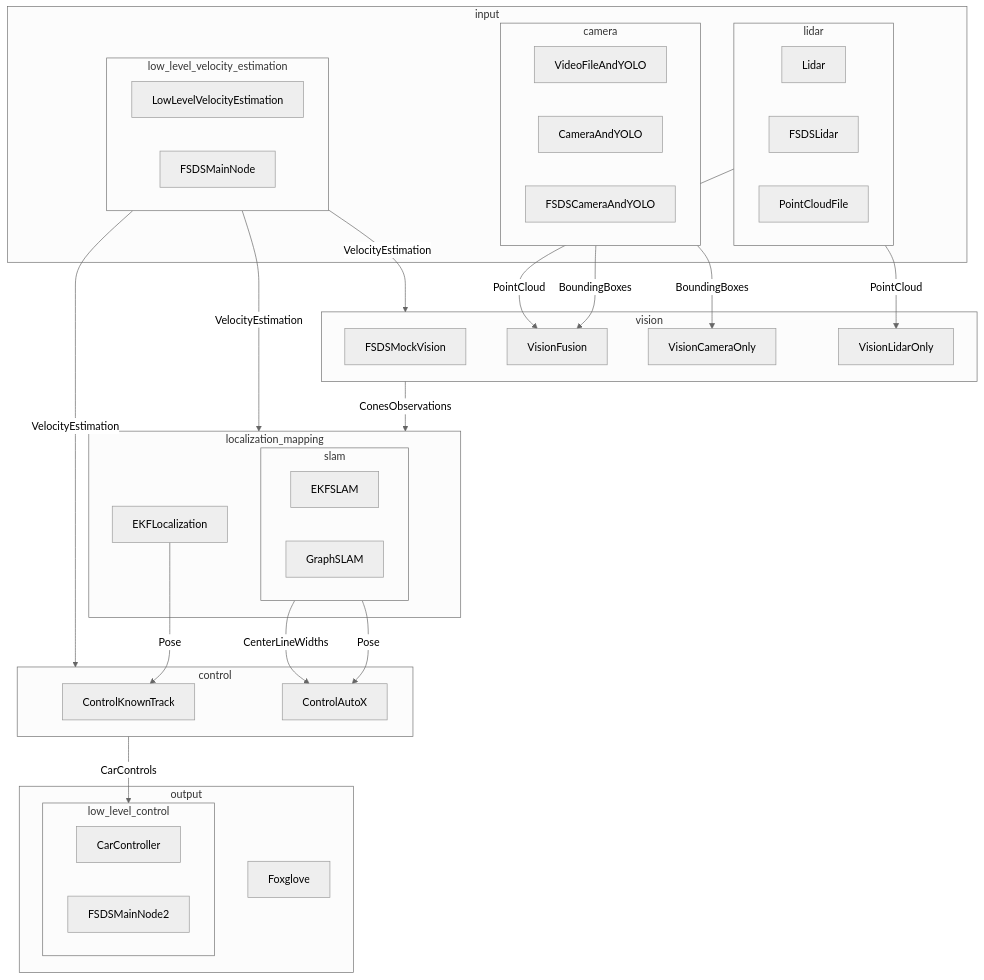
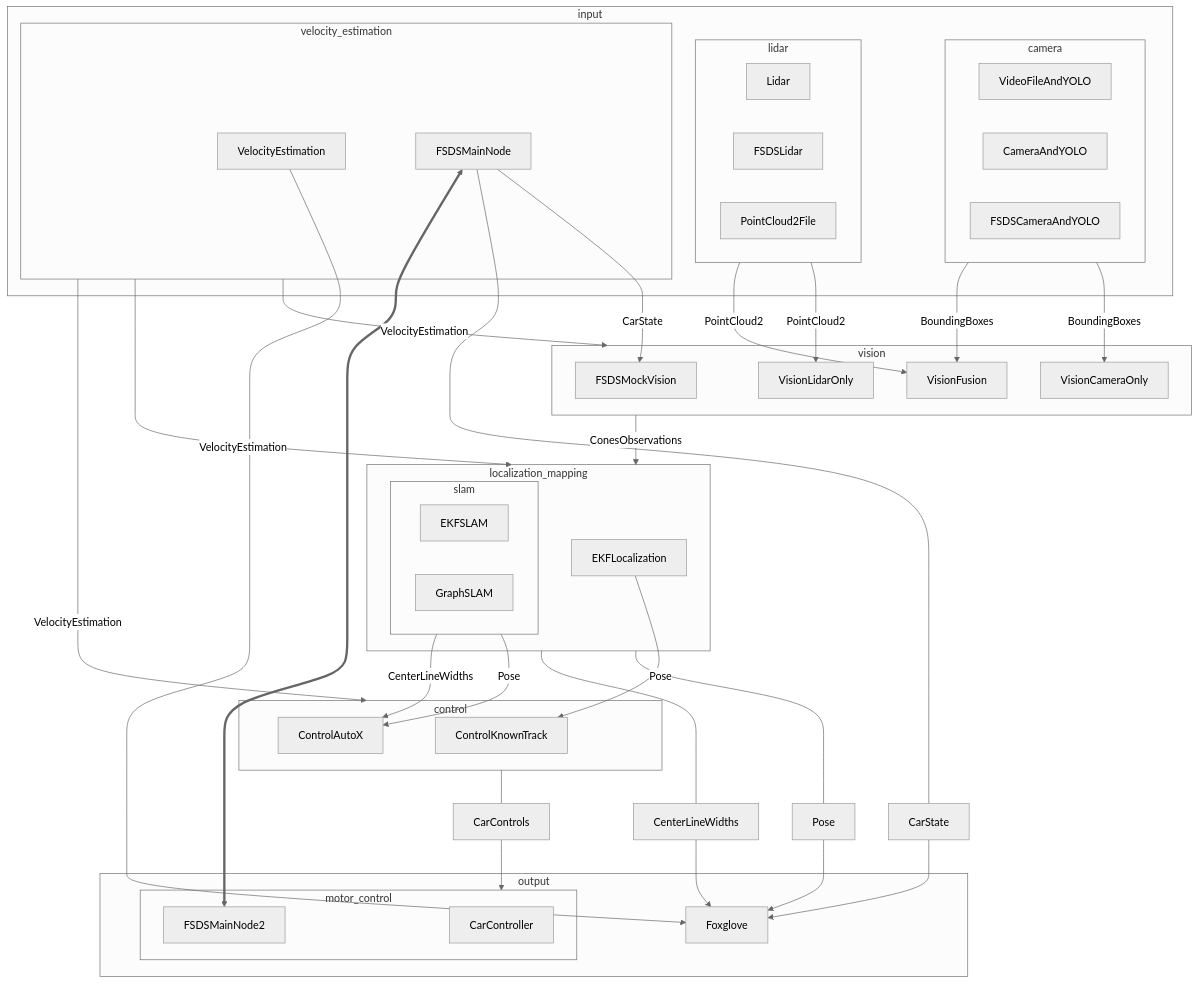
Before and after one commit to EPFL-RT-Driverless/brains: the second of 2 diagrams in nodes.md, drawn with Mermaid (neutral theme). The commit also changed other lines of this file, not shown here.

````diff
--- a/nodes.md
+++ b/nodes.md
@@ -2,64 +48,67 @@
 ```mermaid
 flowchart TB
     subgraph input
         subgraph camera
             VideoFileAndYOLO
             CameraAndYOLO
             FSDSCameraAndYOLO
         end
         subgraph lidar
             Lidar
             FSDSLidar
-            PointCloudFile
+            PointCloud2File
         end
-        subgraph low_level_velocity_estimation
-            LowLevelVelocityEstimation
+        subgraph velocity_estimation
+            VelocityEstimation
             FSDSMainNode
         end
     end
     subgraph output
-        subgraph low_level_control
+        subgraph motor_control
             CarController
             FSDSMainNode2
         end
         Foxglove
     end
     subgraph vision
         FSDSMockVision
         VisionFusion
         VisionCameraOnly
         VisionLidarOnly
     end
     subgraph localization_mapping
         EKFLocalization
         subgraph slam
             EKFSLAM
             GraphSLAM
         end
     end
     subgraph control
         ControlKnownTrack
         ControlAutoX
     end
-
+    FSDSMainNode -- CarState --> FSDSMockVision
     %% vision input
     camera -- BoundingBoxes --> VisionCameraOnly & VisionFusion
-    lidar -- PointCloud --> VisionLidarOnly & VisionFusion
+    lidar -- PointCloud2 --> VisionLidarOnly & VisionFusion
     %% vision output
     vision -- ConesObservations --> localization_mapping
     %% sensors output
     %% sensors -- IMUData --> velocity_estimation
     %% sensors -- GSSData --> velocity_estimation
     %% sensors -- WSSData --> velocity_estimation
     %% VE output
-    low_level_velocity_estimation -- VelocityEstimation --> vision & localization_mapping & control
+    velocity_estimation -- VelocityEstimation --> vision & localization_mapping & control
     %% localization_mapping output
     EKFLocalization -- Pose --> ControlKnownTrack
     slam -- Pose --> ControlAutoX
     slam -- CenterLineWidths --> ControlAutoX
     %% control output
-    control -- CarControls --> low_level_control
+    control --- CarControls --> motor_control
     %% extra
-    %% RES?
-
+    FSDSMainNode --- CarState --> Foxglove
+    velocity_estimation --- VelocityEstimation --> Foxglove
+    localization_mapping --- Pose --> Foxglove
+    localization_mapping --- CenterLineWidths --> Foxglove
+    FSDSMainNode <=====> FSDSMainNode2
 ```
````
